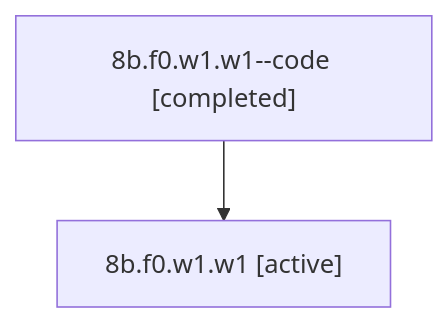
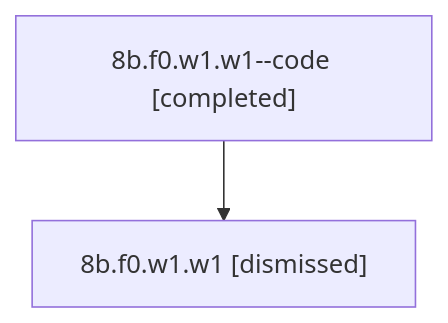
The diagram in sessions/bbugyi200.athena.8b.f0.w1.w1.md (sase-org/sase--agents), drawn with Mermaid before and after one commit. The commit also changed other lines of this file and 33 other files, not shown here.

````diff
--- a/sessions/bbugyi200.athena.8b.f0.w1.w1.md
+++ b/sessions/bbugyi200.athena.8b.f0.w1.w1.md
@@ -9,6 +9,6 @@
 ```mermaid
 flowchart TD
   n0["8b.f0.w1.w1--code [completed]"]
-  n1["8b.f0.w1.w1 [active]"]
+  n1["8b.f0.w1.w1 [dismissed]"]
   n0 --> n1
 ```
````
